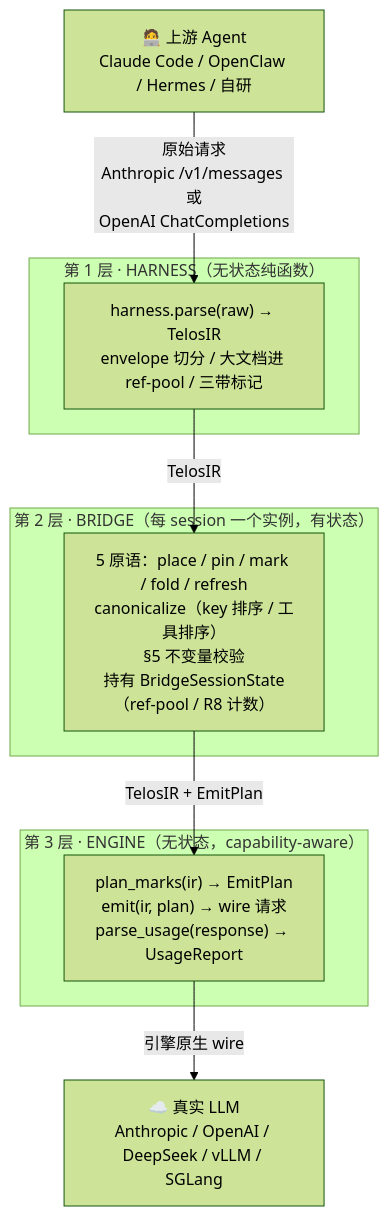
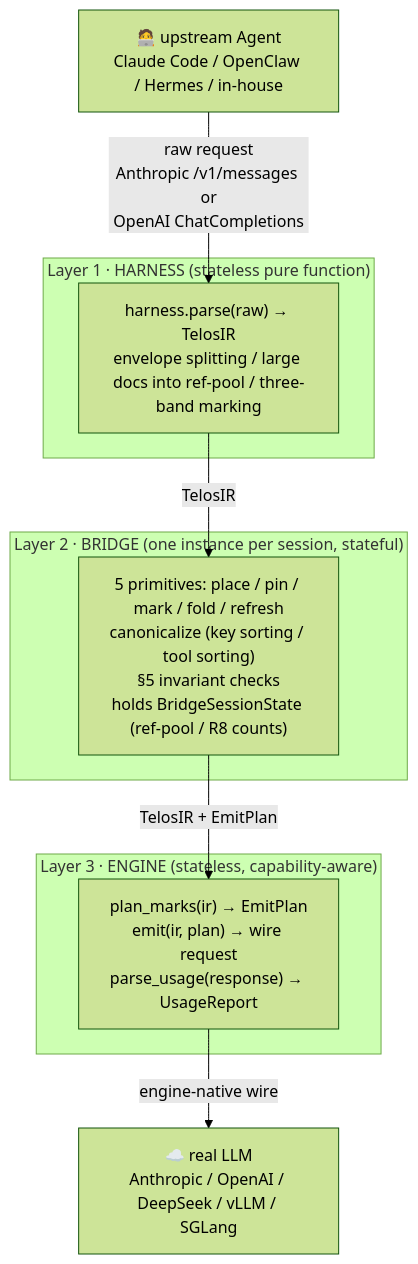
Before and after one commit to telos-pro/telos-sdk: the second of 8 diagrams in docs/playbook.md, drawn with Mermaid (forest theme). The commit also changed other lines of this file and 93 other files, not shown here.

````diff
--- a/docs/playbook.md
+++ b/docs/playbook.md
@@ -143,23 +143,23 @@
 ```mermaid
 flowchart TB
-  Agent["🧑‍💻 上游 Agent<br/>Claude Code / OpenClaw / Hermes / 自研"]
-  Agent -- "原始请求<br/>Anthropic /v1/messages 或<br/>OpenAI ChatCompletions" --> H
+  Agent["🧑‍💻 upstream Agent<br/>Claude Code / OpenClaw / Hermes / in-house"]
+  Agent -- "raw request<br/>Anthropic /v1/messages or<br/>OpenAI ChatCompletions" --> H
 
-  subgraph L1["第 1 层 · HARNESS（无状态纯函数）"]
-    H["harness.parse(raw) → TelosIR<br/>envelope 切分 / 大文档进 ref-pool / 三带标记"]
+  subgraph L1["Layer 1 · HARNESS (stateless pure function)"]
+    H["harness.parse(raw) → TelosIR<br/>envelope splitting / large docs into ref-pool / three-band marking"]
   end
 
   H -- "TelosIR" --> B
 
-  subgraph L2["第 2 层 · BRIDGE（每 session 一个实例，有状态）"]
-    B["5 原语：place / pin / mark / fold / refresh<br/>canonicalize（key 排序 / 工具排序）<br/>§5 不变量校验<br/>持有 BridgeSessionState（ref-pool / R8 计数）"]
+  subgraph L2["Layer 2 · BRIDGE (one instance per session, stateful)"]
+    B["5 primitives: place / pin / mark / fold / refresh<br/>canonicalize (key sorting / tool sorting)<br/>§5 invariant checks<br/>holds BridgeSessionState (ref-pool / R8 counts)"]
   end
 
   B -- "TelosIR + EmitPlan" --> E
 
-  subgraph L3["第 3 层 · ENGINE（无状态，capability-aware）"]
-    E["plan_marks(ir) → EmitPlan<br/>emit(ir, plan) → wire 请求<br/>parse_usage(response) → UsageReport"]
+  subgraph L3["Layer 3 · ENGINE (stateless, capability-aware)"]
+    E["plan_marks(ir) → EmitPlan<br/>emit(ir, plan) → wire request<br/>parse_usage(response) → UsageReport"]
   end
 
-  E -- "引擎原生 wire" --> LLM["☁️ 真实 LLM<br/>Anthropic / OpenAI / DeepSeek / vLLM / SGLang"]
+  E -- "engine-native wire" --> LLM["☁️ real LLM<br/>Anthropic / OpenAI / DeepSeek / vLLM / SGLang"]
 ```
````
